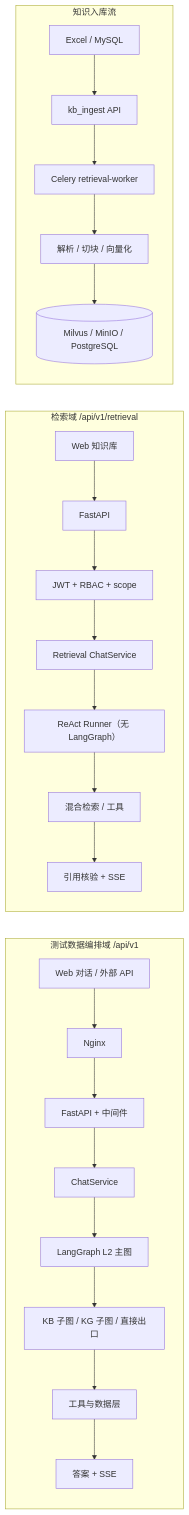
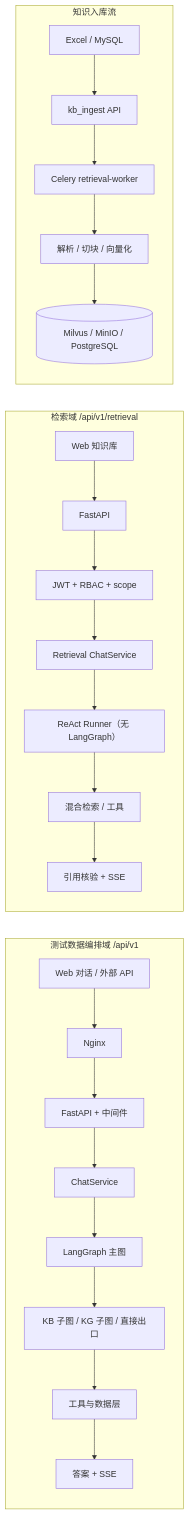
One commit to Jia-Yihao/My-Agentix changed the diagram in README.md. Above: the diagram before and after it, drawn with Mermaid. The commit also changed other lines of this file and 18 other files, not shown here.

First line of the commit message:
docs: 统一单层主图与评测集换代口径，重生成架构图

````diff
--- a/README.md
+++ b/README.md
@@ -185,26 +185,26 @@
 ```mermaid
 flowchart LR
     subgraph Domain1["测试数据编排域 /api/v1"]
         L1["Web 对话 / 外部 API"] --> L2["Nginx"] --> L3["FastAPI + 中间件"]
         L3 --> L4["ChatService"]
-        L4 --> L5["LangGraph L2 主图"]
+        L4 --> L5["LangGraph 主图"]
         L5 --> L6["KB 子图 / KG 子图 / 直接出口"]
         L6 --> L7["工具与数据层"]
         L7 --> L8["答案 + SSE"]
     end
 
     subgraph Domain2["检索域 /api/v1/retrieval"]
         R1["Web 知识库"] --> R2["FastAPI"] --> R3["JWT + RBAC + scope"]
         R3 --> R4["Retrieval ChatService"]
         R4 --> R5["ReAct Runner（无 LangGraph）"]
         R5 --> R6["混合检索 / 工具"]
         R6 --> R7["引用核验 + SSE"]
     end
 
     subgraph Ingest["知识入库流"]
         I1["Excel / MySQL"] --> I2["kb_ingest API"]
         I2 --> I3["Celery retrieval-worker"]
         I3 --> I4["解析 / 切块 / 向量化"]
         I4 --> I5[("Milvus / MinIO / PostgreSQL")]
     end
 ```
````
